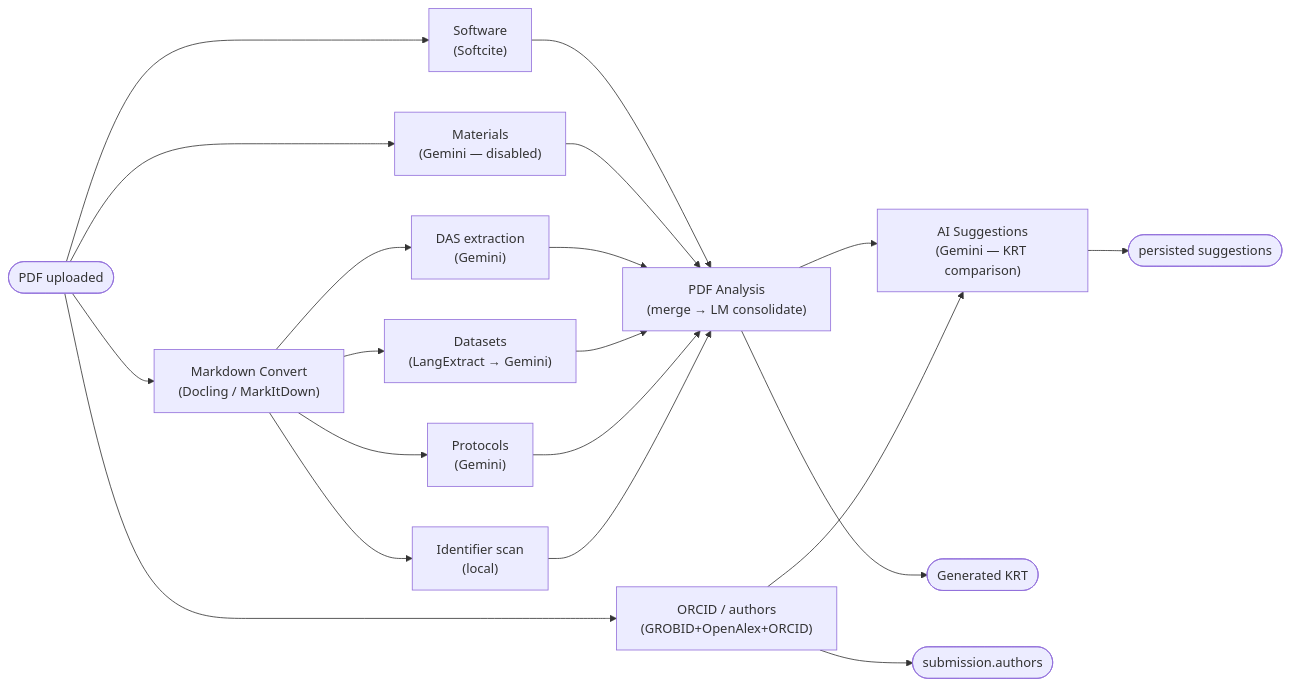
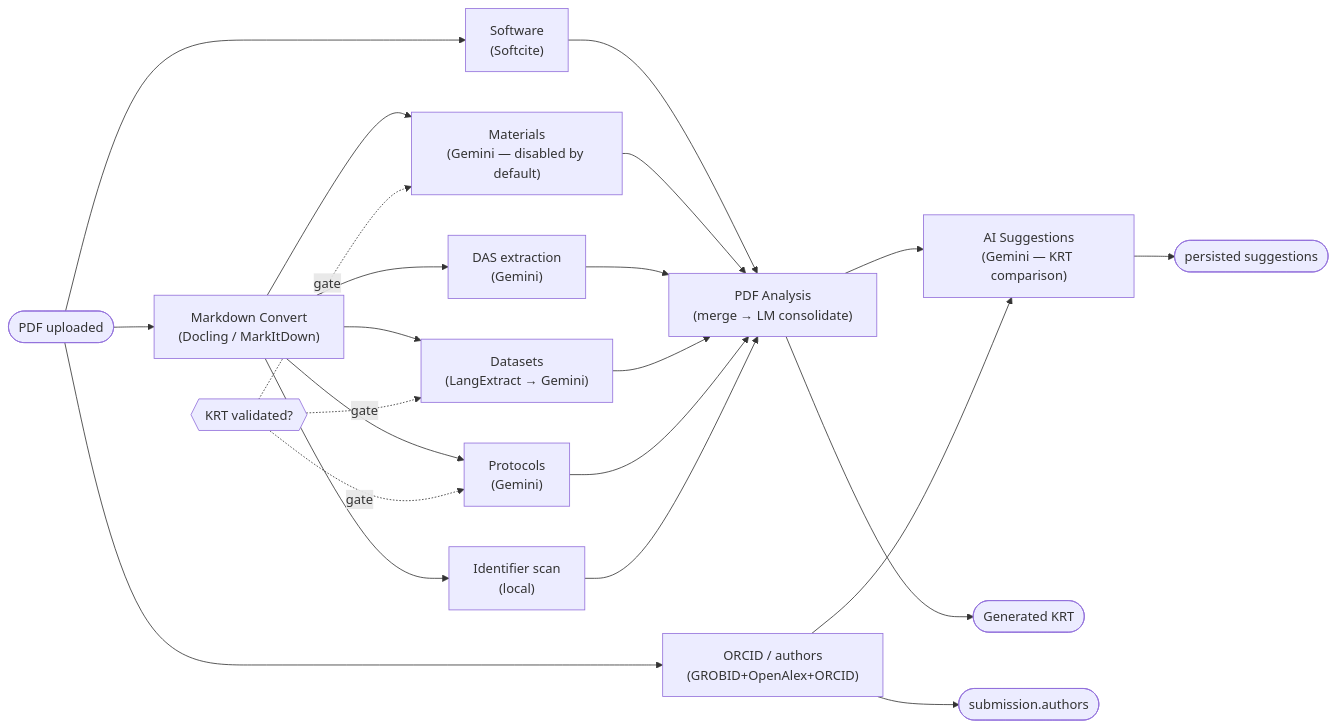
One commit to DataSeer/asap-kr-sync changed the third of 4 diagrams in docs/master-setup-guide.md. Above: the diagram before and after it, drawn with Mermaid. The commit also changed other lines of this file and 7 other files, not shown here.

First line of the commit message:
docs: document KRT-validation gate, batch endpoint, and modal search UI

````diff
--- a/docs/master-setup-guide.md
+++ b/docs/master-setup-guide.md
@@ -201,22 +201,25 @@
 ```mermaid
 flowchart LR
     UP(["PDF uploaded"]) --> SW["Software<br/>(Softcite)"]
     UP --> OR["ORCID / authors<br/>(GROBID+OpenAlex+ORCID)"]
-    UP --> MAT["Materials<br/>(Gemini — disabled)"]
     UP --> MDC["Markdown Convert<br/>(Docling / MarkItDown)"]
     MDC --> DAS["DAS extraction<br/>(Gemini)"]
     MDC --> DS["Datasets<br/>(LangExtract → Gemini)"]
+    MDC --> MAT["Materials<br/>(Gemini — disabled by default)"]
     MDC --> PR["Protocols<br/>(Gemini)"]
     MDC --> ID["Identifier scan<br/>(local)"]
+    KRTV{{"KRT validated?"}} -.->|gate| DS
+    KRTV -.->|gate| MAT
+    KRTV -.->|gate| PR
     SW --> PA["PDF Analysis<br/>(merge → LM consolidate)"]
     MAT --> PA
     DAS --> PA
     DS --> PA
     PR --> PA
     ID --> PA
     PA --> SG["AI Suggestions<br/>(Gemini — KRT comparison)"]
     OR --> SG
     SG --> SUG(["persisted suggestions"])
     PA --> GK(["Generated KRT"])
     OR --> AU(["submission.authors"])
 ```
````
